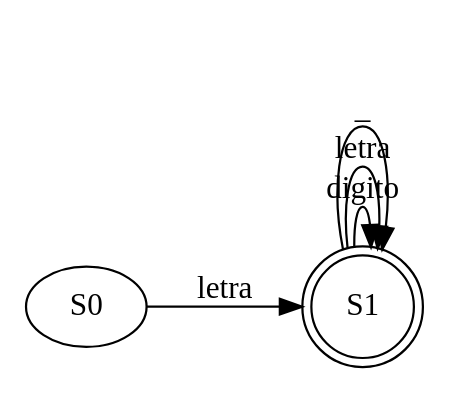
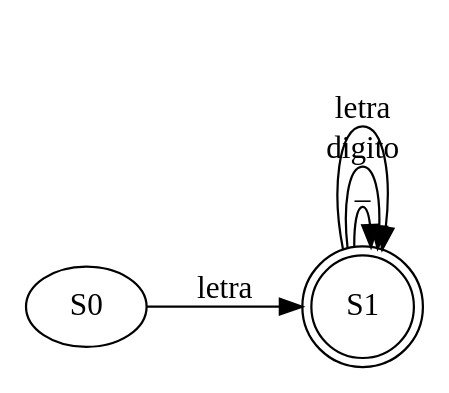
Before and after one commit to JeffMendez/OCL_Proyecto1_201901557: the diagram in Regexive/archivos/AFD_201901557/identificador.dot, drawn with Graphviz. The commit also changed 117 other files, not shown here.

```diff
--- a/Regexive/archivos/AFD_201901557/identificador.dot
+++ b/Regexive/archivos/AFD_201901557/identificador.dot
@@ -1,4 +1,4 @@
 digraph G {
 	rankdir=LR
-	S0 -> S1 [label="letra"]	S1 [shape="doublecircle"]	S1 -> S1 [label="digito"]	S1 -> S1 [label="letra"]	S1 -> S1 [label="_"]
+	S0 -> S1 [label="letra"]	S1 [shape="doublecircle"]	S1 -> S1 [label="_"]	S1 -> S1 [label="digito"]	S1 -> S1 [label="letra"]
 }
```
